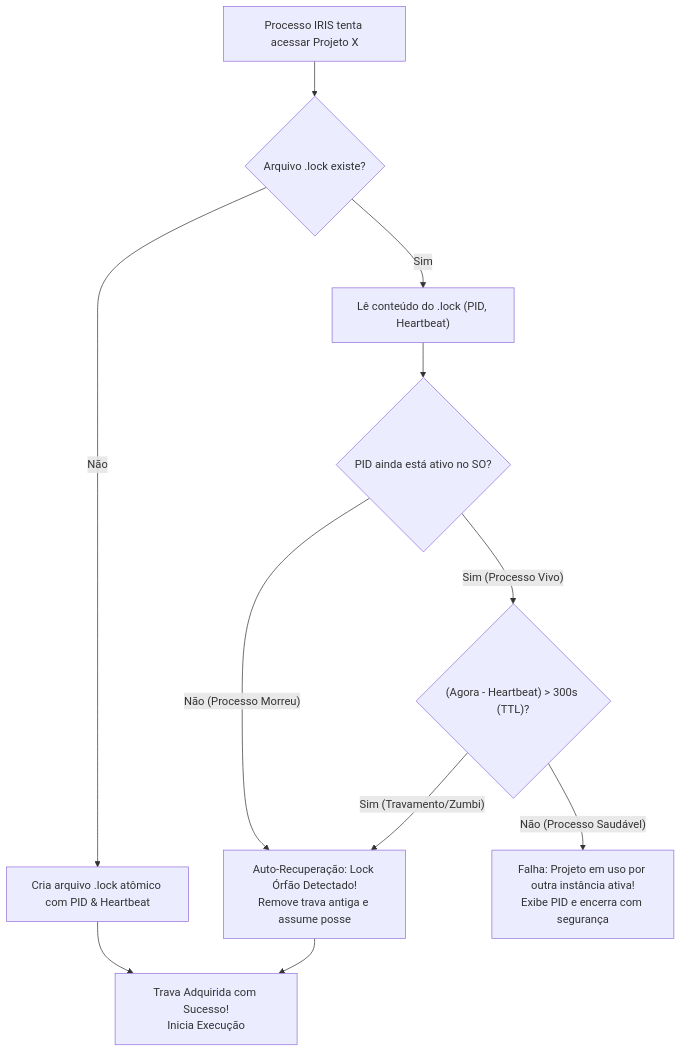
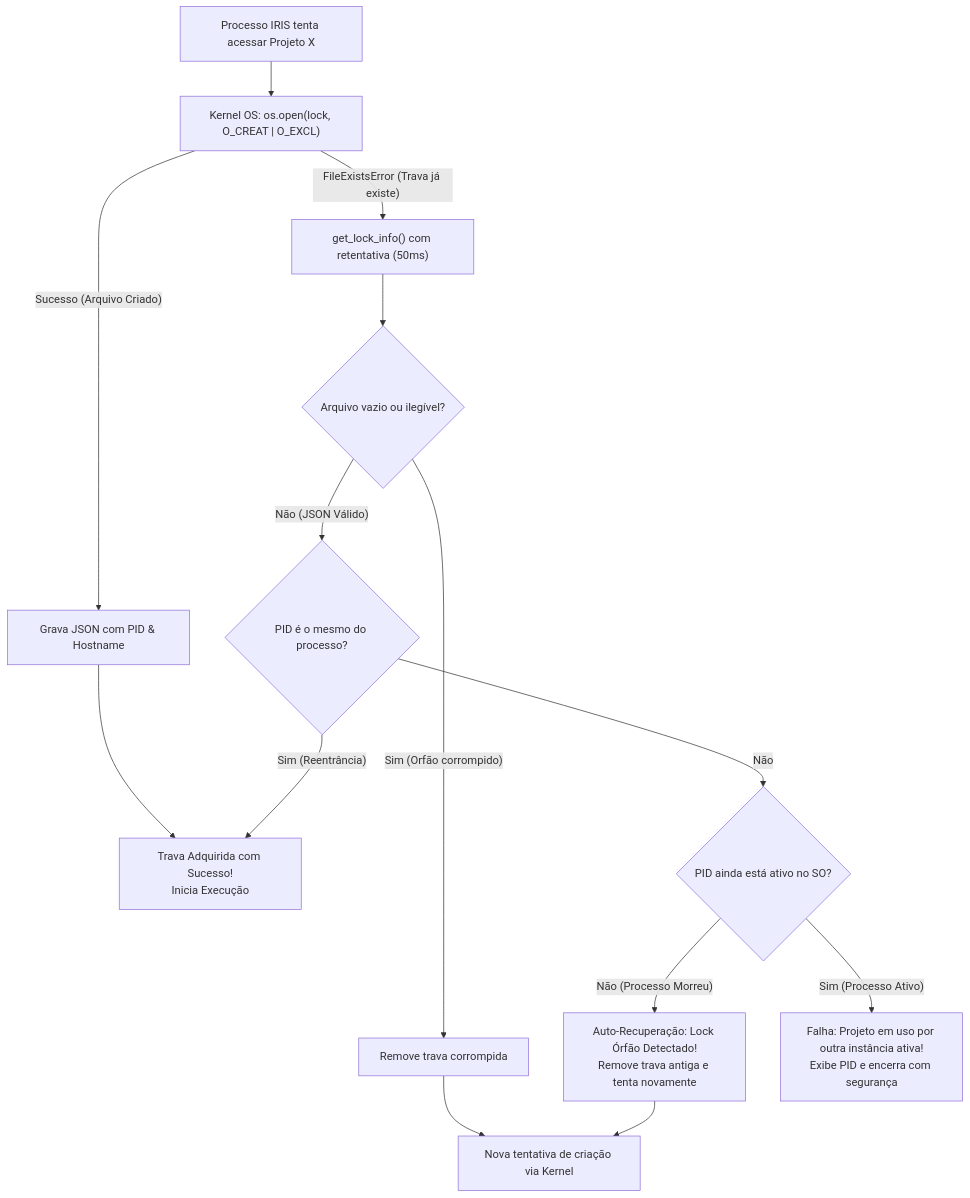
The diagram in docs/arquitetura/concorrencia-locks.md (felipeph/IRIS), drawn with Mermaid before and after one commit. The commit also changed other lines of this file and 4 other files, not shown here.

First line of the commit message:
fix(concurrency): criacao atomica exclusiva via kernel (O_CREAT | O_EXCL) no ProjectLock

````diff
--- a/docs/arquitetura/concorrencia-locks.md
+++ b/docs/arquitetura/concorrencia-locks.md
@@ -30,17 +31,21 @@
 ```mermaid
 flowchart TD
-    START["Processo IRIS tenta acessar Projeto X"] --> CHECK_FILE{"Arquivo .lock existe?"}
+    START["Processo IRIS tenta acessar Projeto X"] --> TRY_KERNEL["Kernel OS: os.open(lock, O_CREAT | O_EXCL)"]
     
-    CHECK_FILE -- Não --> ACQUIRE["Cria arquivo .lock atômico com PID & Heartbeat"]
-    ACQUIRE --> SUCCESS["Trava Adquirida com Sucesso!\nInicia Execução"]
+    TRY_KERNEL -- Sucesso (Arquivo Criado) --> WRITE_LOCK["Grava JSON com PID & Hostname"]
+    WRITE_LOCK --> SUCCESS["Trava Adquirida com Sucesso!\nInicia Execução"]
     
-    CHECK_FILE -- Sim --> READ_LOCK["Lê conteúdo do .lock (PID, Heartbeat)"]
-    READ_LOCK --> CHECK_PID{"PID ainda está ativo no SO?"}
+    TRY_KERNEL -- FileExistsError (Trava já existe) --> READ_LOCK["get_lock_info() com retentativa (50ms)"]
+    READ_LOCK --> CHECK_CORRUPT{"Arquivo vazio ou ilegível?"}
     
-    CHECK_PID -- Não (Processo Morreu) --> RECOVER["Auto-Recuperação: Lock Órfão Detectado!\nRemove trava antiga e assume posse"]
-    RECOVER --> SUCCESS
+    CHECK_CORRUPT -- Sim (Orfão corrompido) --> REMOVE_CORRUPT["Remove trava corrompida"] --> RETRY["Nova tentativa de criação via Kernel"]
+    CHECK_CORRUPT -- Não (JSON Válido) --> CHECK_OWNER{"PID é o mesmo do processo?"}
     
-    CHECK_PID -- Sim (Processo Vivo) --> CHECK_TTL{"(Agora - Heartbeat) > 300s (TTL)?"}
-    CHECK_TTL -- Sim (Travamento/Zumbi) --> RECOVER
-    CHECK_TTL -- Não (Processo Saudável) --> DENY["Falha: Projeto em uso por outra instância ativa!\nExibe PID e encerra com segurança"]
+    CHECK_OWNER -- Sim (Reentrância) --> SUCCESS
+    CHECK_OWNER -- Não --> CHECK_PID{"PID ainda está ativo no SO?"}
+    
+    CHECK_PID -- Não (Processo Morreu) --> RECOVER["Auto-Recuperação: Lock Órfão Detectado!\nRemove trava antiga e tenta novamente"]
+    RECOVER --> RETRY
+    
+    CHECK_PID -- Sim (Processo Ativo) --> DENY["Falha: Projeto em uso por outra instância ativa!\nExibe PID e encerra com segurança"]
 ```
````
